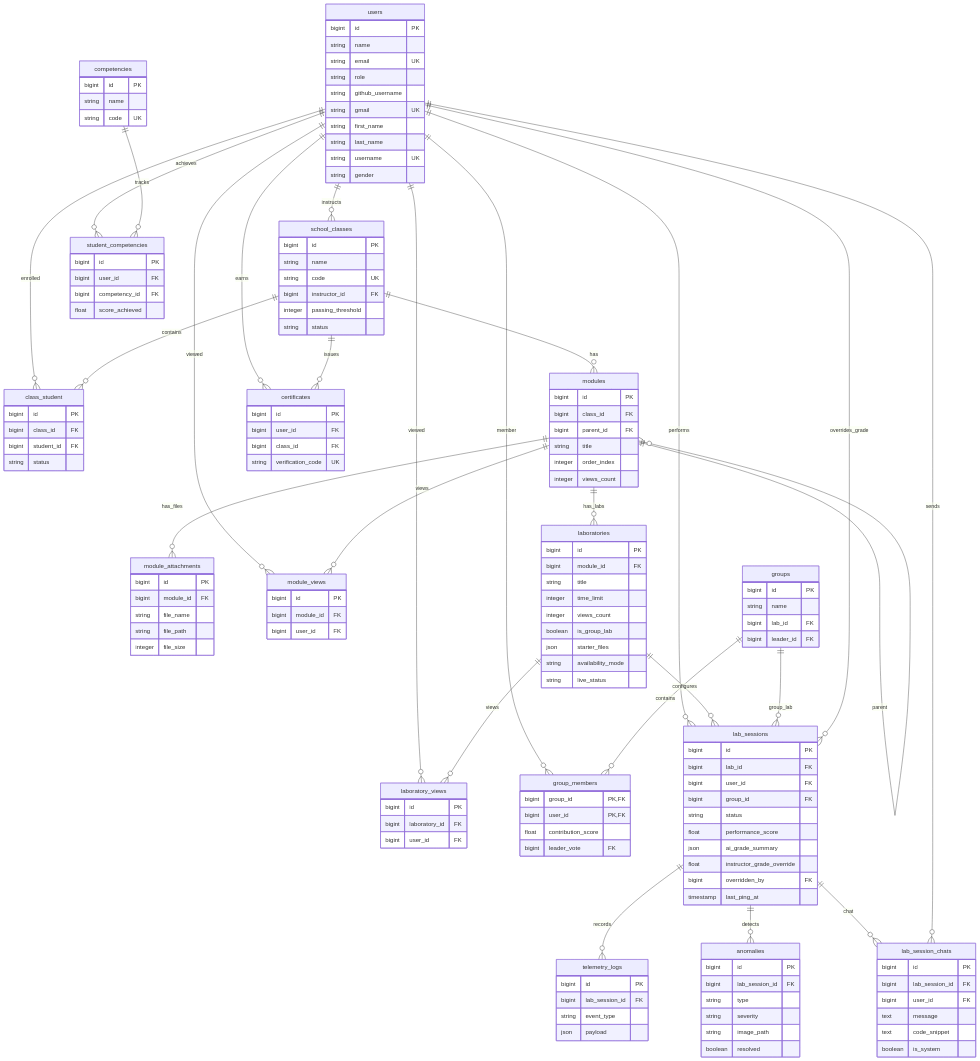
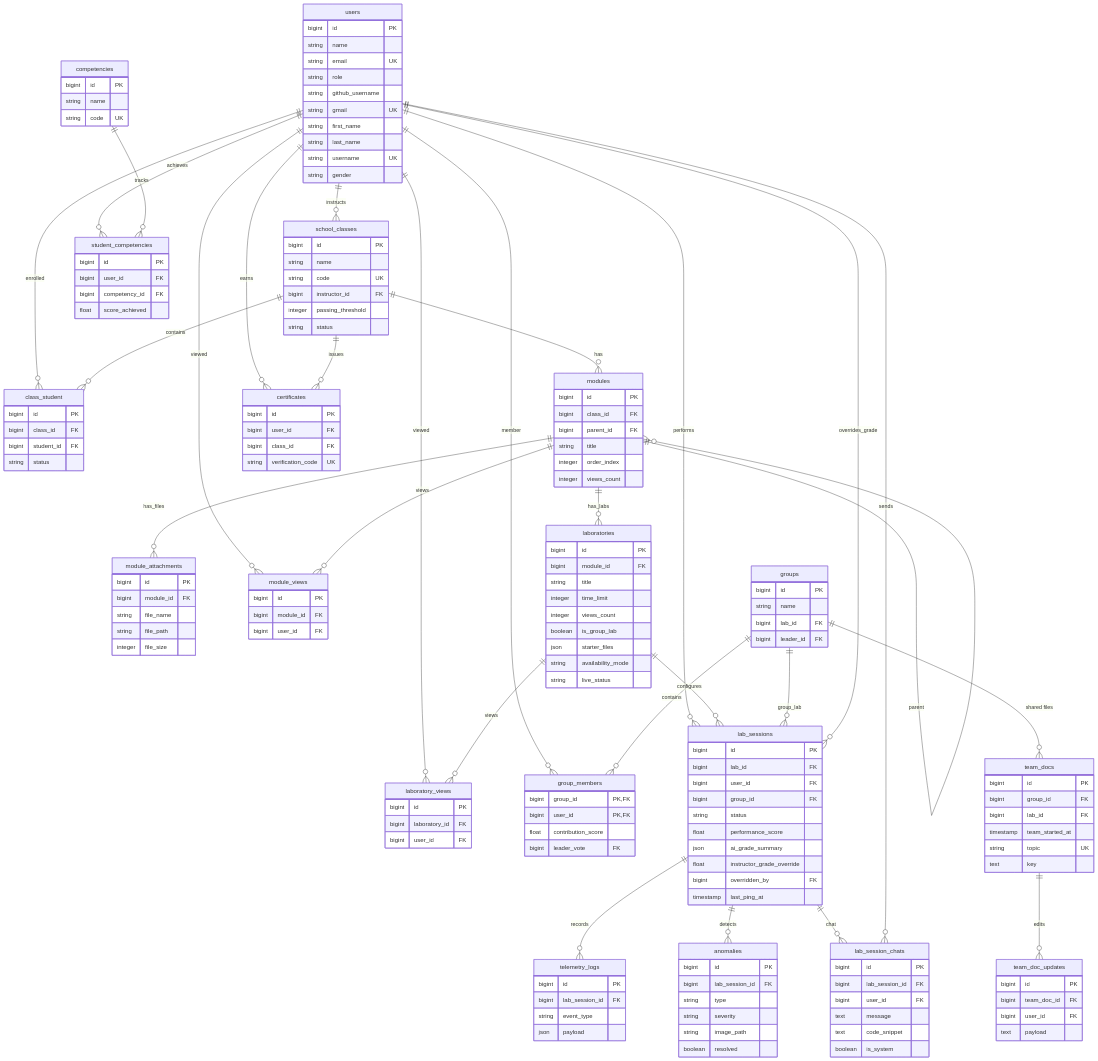
Before and after one commit to vhengie02/Certicode-Labs: the diagram in database/ERD_INSTRUCTIONS.md, drawn with Mermaid. The commit also changed other lines of this file and 57 other files, not shown here.

```diff
--- a/database/ERD_INSTRUCTIONS.md
+++ b/database/ERD_INSTRUCTIONS.md
@@ -386,6 +405,22 @@
         boolean is_system
     }
 
+    team_docs {
+        bigint id PK
+        bigint group_id FK
+        bigint lab_id FK
+        timestamp team_started_at
+        string topic UK
+        text key
+    }
+
+    team_doc_updates {
+        bigint id PK
+        bigint team_doc_id FK
+        bigint user_id FK
+        text payload
+    }
+
     telemetry_logs {
         bigint id PK
         bigint lab_session_id FK
@@ -432,6 +467,8 @@
     users ||--o{ lab_sessions : "performs"
     laboratories ||--o{ lab_sessions : "configures"
     groups ||--o{ lab_sessions : "group_lab"
+    groups ||--o{ team_docs : "shared files"
+    team_docs ||--o{ team_doc_updates : "edits"
     
     lab_sessions ||--o{ telemetry_logs : "records"
     lab_sessions ||--o{ anomalies : "detects"
```
